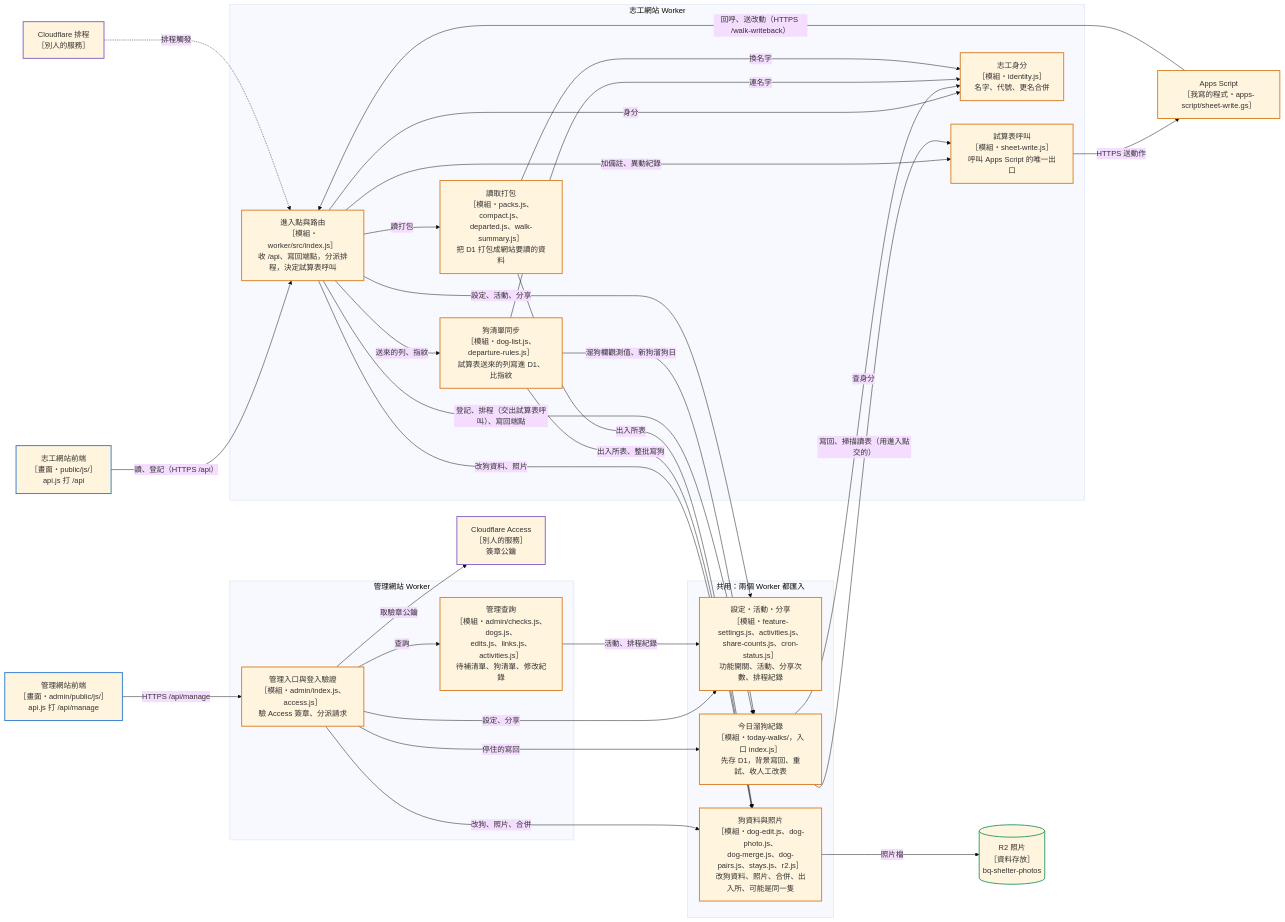
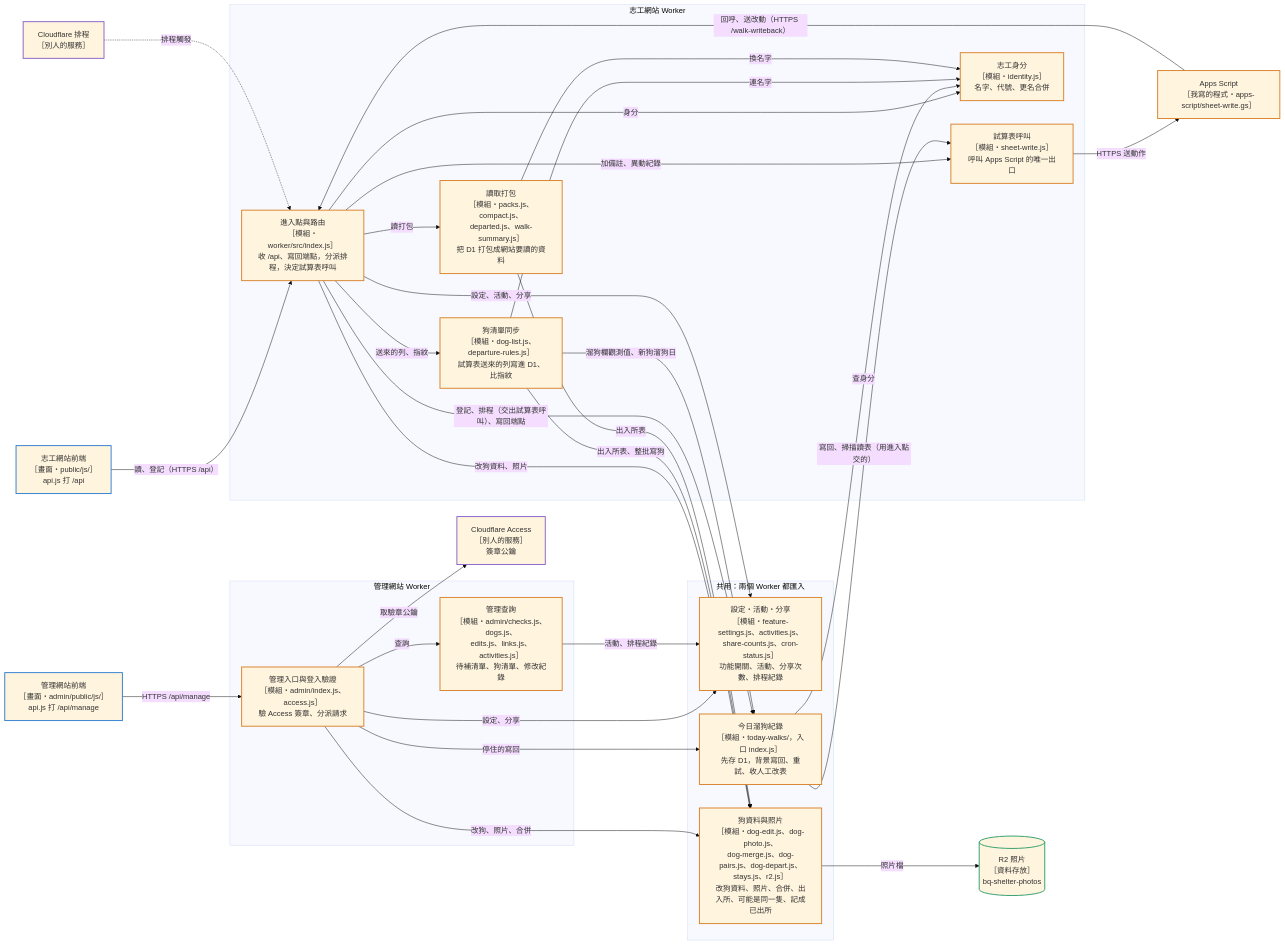
Before and after one commit to jiatsenK/bq-shelter-dogs: the fifth of 7 diagrams in docs/ARCHITECTURE.md, drawn with Mermaid (base theme). The commit also changed other lines of this file and 22 other files, not shown here.

````diff
--- a/docs/ARCHITECTURE.md
+++ b/docs/ARCHITECTURE.md
@@ -275,62 +276,62 @@
 ```mermaid
 flowchart LR
   vfront["志工網站前端<br/>［畫面・public/js/］<br/>api.js 打 /api"]
   cron["Cloudflare 排程<br/>［別人的服務］"]
   gas["Apps Script<br/>［我寫的程式・apps-script/sheet-write.gs］"]
   afront["管理網站前端<br/>［畫面・admin/public/js/］<br/>api.js 打 /api/manage"]
   access["Cloudflare Access<br/>［別人的服務］<br/>簽章公鑰"]
   r2[("R2 照片<br/>［資料存放］<br/>bq-shelter-photos")]
   subgraph SHARED["共用：兩個 Worker 都匯入"]
     settings["設定・活動・分享<br/>［模組・feature-settings.js、activities.js、<br/>share-counts.js、cron-status.js］<br/>功能開關、活動、分享次數、排程紀錄"]
-    dogdata["狗資料與照片<br/>［模組・dog-edit.js、dog-photo.js、<br/>dog-merge.js、dog-pairs.js、stays.js、r2.js］<br/>改狗資料、照片、合併、出入所、可能是同一隻"]
+    dogdata["狗資料與照片<br/>［模組・dog-edit.js、dog-photo.js、<br/>dog-merge.js、dog-pairs.js、dog-depart.js、<br/>stays.js、r2.js］<br/>改狗資料、照片、合併、出入所、可能是同一隻、記成已出所"]
     walk["今日溜狗紀錄<br/>［模組・today-walks/，入口 index.js］<br/>先存 D1，背景寫回、重試、收人工改表"]
   end
   subgraph VW["志工網站 Worker"]
     entry["進入點與路由<br/>［模組・worker/src/index.js］<br/>收 /api、寫回端點，分派排程，決定試算表呼叫"]
     doglist["狗清單同步<br/>［模組・dog-list.js、departure-rules.js］<br/>試算表送來的列寫進 D1、比指紋"]
     packs["讀取打包<br/>［模組・packs.js、compact.js、<br/>departed.js、walk-summary.js］<br/>把 D1 打包成網站要讀的資料"]
     sheetcall["試算表呼叫<br/>［模組・sheet-write.js］<br/>呼叫 Apps Script 的唯一出口"]
     identity["志工身分<br/>［模組・identity.js］<br/>名字、代號、更名合併"]
   end
   subgraph AW["管理網站 Worker"]
     aentry["管理入口與登入驗證<br/>［模組・admin/index.js、access.js］<br/>驗 Access 簽章、分派請求"]
     aquery["管理查詢<br/>［模組・admin/checks.js、dogs.js、<br/>edits.js、links.js、activities.js］<br/>待補清單、狗清單、修改紀錄"]
   end
 
   vfront -->|讀、登記（HTTPS /api）| entry
   cron -.->|排程觸發| entry
   gas -->|回呼、送改動（HTTPS /walk-writeback）| entry
   afront -->|HTTPS /api/manage| aentry
   entry -->|登記、排程（交出試算表呼叫）、寫回端點| walk
   entry -->|送來的列、指紋| doglist
   entry -->|讀打包| packs
   entry -->|加備註、異動紀錄| sheetcall
   entry -->|身分| identity
   entry -->|設定、活動、分享| settings
   entry -->|改狗資料、照片| dogdata
   doglist -->|溜狗欄觀測值、新狗溜狗日| walk
   walk -->|寫回、掃描讀表（用進入點交的）| sheetcall
   walk -->|查身分| identity
   doglist -->|連名字| identity
   doglist -->|出入所表、整批寫狗| dogdata
   packs -->|換名字| identity
   packs -->|出入所表| dogdata
   sheetcall -->|HTTPS 送動作| gas
   dogdata -->|照片檔| r2
   aentry -->|查詢| aquery
   aentry -->|取驗章公鑰| access
   aentry -->|設定、分享| settings
   aentry -->|改狗、照片、合併| dogdata
   aentry -->|停住的寫回| walk
   aquery -->|活動、排程紀錄| settings
 
   class vfront,afront ui
   class entry,walk,doglist,packs,sheetcall,identity,aentry,aquery,settings,dogdata,gas code
   class r2 data
   class cron,access ext
   classDef person stroke:#5b6b78,stroke-width:2px
   classDef ui stroke:#2f7fd0,stroke-width:2px
   classDef code stroke:#d9822b,stroke-width:2px
   classDef data stroke:#2e9d6a,stroke-width:2px
   classDef ext stroke:#8a63c9,stroke-width:2px
 ```
````
